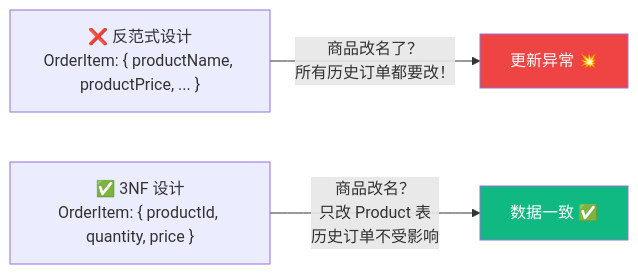
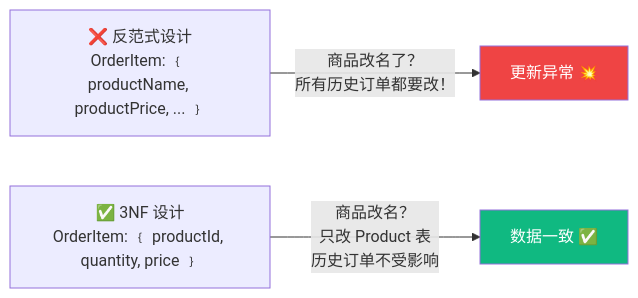
The third of 3 diagrams in docs/Lesson_19.md (boltguo/react_learn), drawn with Mermaid before and after one commit. The commit also changed other lines of this file and 36 other files, not shown here.

````diff
--- a/docs/Lesson_19.md
+++ b/docs/Lesson_19.md
@@ -303,11 +302,11 @@
 ```mermaid
 flowchart LR
-    A["❌ 反范式设计\nOrderItem: { productName, productPrice, ... }"]
-    B["✅ 3NF 设计\nOrderItem: { productId, quantity, price }"]
+    A["❌ 反范式设计<br/>OrderItem: ﹛ productName, productPrice, ... ﹜"]
+    B["✅ 3NF 设计<br/>OrderItem: ﹛ productId, quantity, price ﹜"]
     
     A -->|"商品改名了？\n所有历史订单都要改！"| Problem["更新异常 💥"]
     B -->|"商品改名？\n只改 Product 表\n历史订单不受影响"| OK["数据一致 ✅"]
     
     style Problem fill:#ef4444,color:#fff
     style OK fill:#10b981,color:#fff
 ```
````
